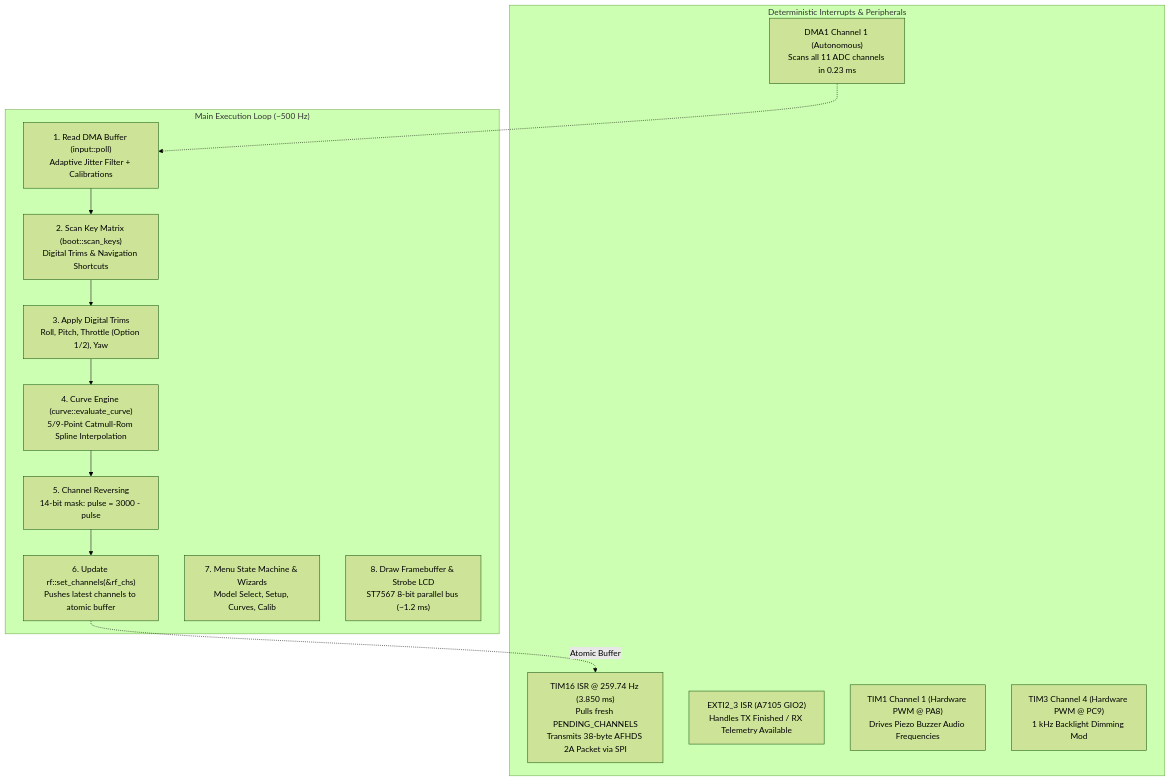
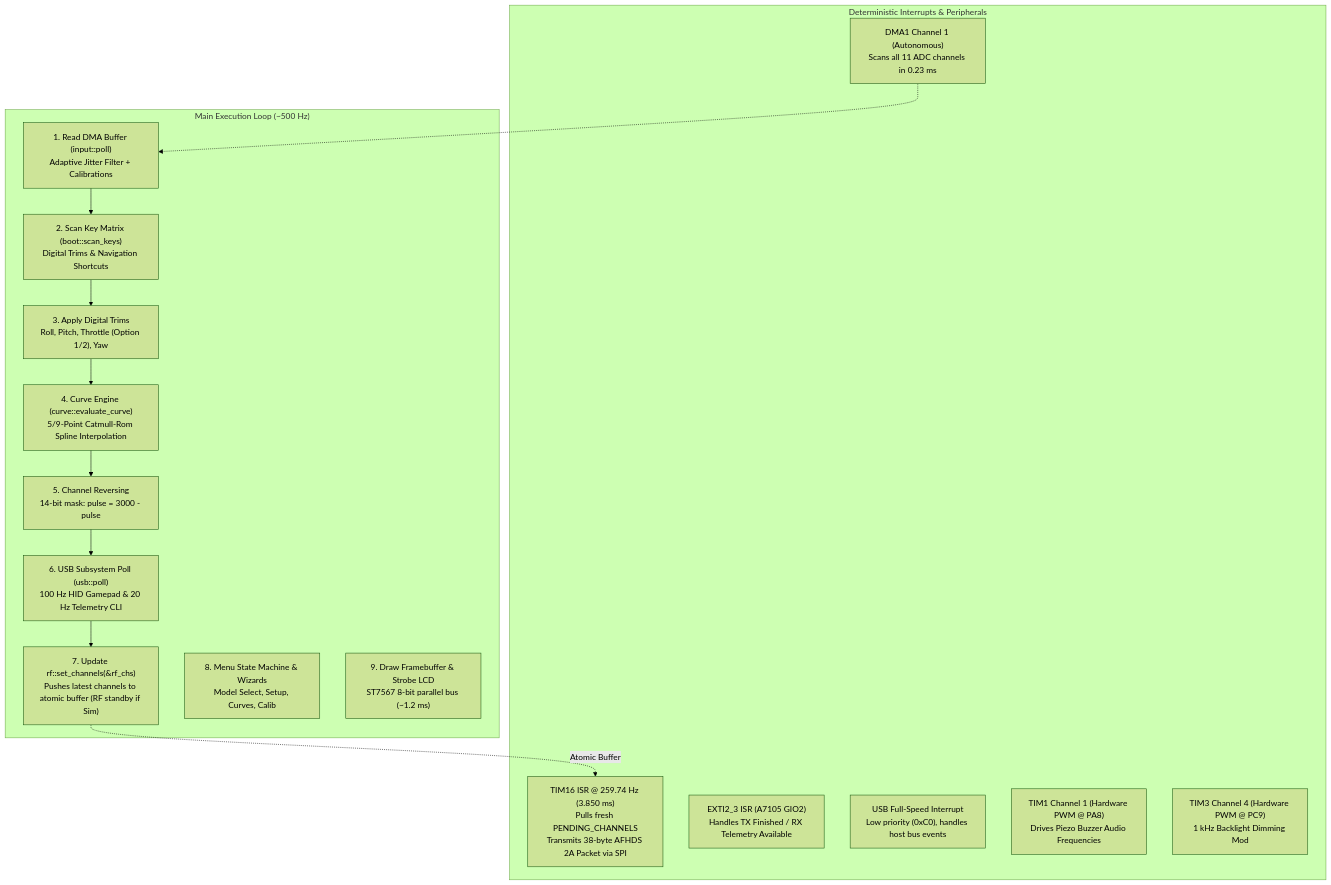
One commit to ferrox-rc/flysky-i6x-rs changed the diagram in docs/ARCHITECTURE.md. Above: the diagram before and after it, drawn with Mermaid (forest theme). The commit also changed other lines of this file and 5 other files, not shown here.

Commit message:
docs: add comprehensive documentation for USB subsystem and protocol setup

````diff
--- a/docs/ARCHITECTURE.md
+++ b/docs/ARCHITECTURE.md
@@ -22,25 +23,27 @@
 ```mermaid
 flowchart TD
     subgraph Hardware_Timers ["Deterministic Interrupts & Peripherals"]
         TIM16["TIM16 ISR @ 259.74 Hz (3.850 ms)<br>Pulls fresh PENDING_CHANNELS<br>Transmits 38-byte AFHDS 2A Packet via SPI"]
         EXTI["EXTI2_3 ISR (A7105 GIO2)<br>Handles TX Finished / RX Telemetry Available"]
         DMA["DMA1 Channel 1 (Autonomous)<br>Scans all 11 ADC channels in 0.23 ms"]
+        USB_IRQ["USB Full-Speed Interrupt<br>Low priority (0xC0), handles host bus events"]
         PWM_Audio["TIM1 Channel 1 (Hardware PWM @ PA8)<br>Drives Piezo Buzzer Audio Frequencies"]
         PWM_BL["TIM3 Channel 4 (Hardware PWM @ PC9)<br>1 kHz Backlight Dimming Mod"]
     end
 
     subgraph Main_Thread ["Main Execution Loop (~500 Hz)"]
         ADC_Poll["1. Read DMA Buffer (input::poll)<br>Adaptive Jitter Filter + Calibrations"]
         Keys["2. Scan Key Matrix (boot::scan_keys)<br>Digital Trims & Navigation Shortcuts"]
         Trims["3. Apply Digital Trims<br>Roll, Pitch, Throttle (Option 1/2), Yaw"]
         Curves["4. Curve Engine (curve::evaluate_curve)<br>5/9-Point Catmull-Rom Spline Interpolation"]
         Rev["5. Channel Reversing<br>14-bit mask: pulse = 3000 - pulse"]
-        RF_Update["6. Update rf::set_channels(&rf_chs)<br>Pushes latest channels to atomic buffer"]
-        Menu_Router["7. Menu State Machine & Wizards<br>Model Select, Setup, Curves, Calib"]
-        LCD_Draw["8. Draw Framebuffer & Strobe LCD<br>ST7567 8-bit parallel bus (~1.2 ms)"]
+        USB_Poll["6. USB Subsystem Poll (usb::poll)<br>100 Hz HID Gamepad & 20 Hz Telemetry CLI"]
+        RF_Update["7. Update rf::set_channels(&rf_chs)<br>Pushes latest channels to atomic buffer (RF standby if Sim)"]
+        Menu_Router["8. Menu State Machine & Wizards<br>Model Select, Setup, Curves, Calib"]
+        LCD_Draw["9. Draw Framebuffer & Strobe LCD<br>ST7567 8-bit parallel bus (~1.2 ms)"]
     end
 
     DMA -.-> ADC_Poll
-    ADC_Poll --> Keys --> Trims --> Curves --> Rev --> RF_Update
+    ADC_Poll --> Keys --> Trims --> Curves --> Rev --> USB_Poll --> RF_Update
     RF_Update -. Atomic Buffer .-> TIM16
 ```
````
